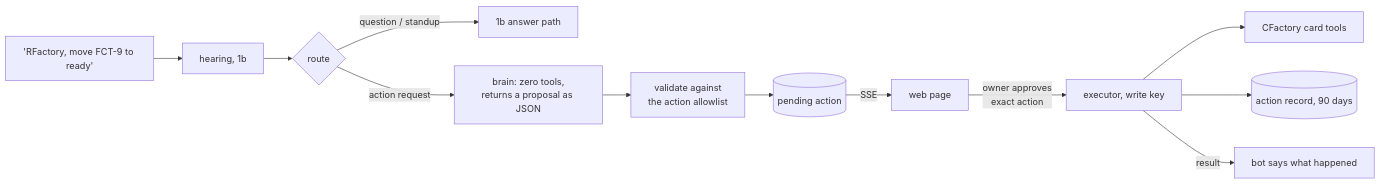
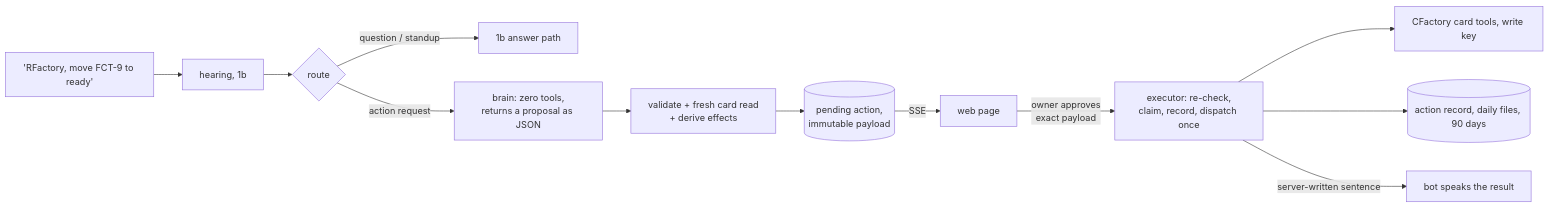
One commit to olafkfreund/RFactory changed the diagram in spec/2026-11-17-10-phase-3-actions-and-share.md. Above: the diagram before and after it, drawn with Mermaid. The commit also changed other lines of this file, not shown here.

````diff
--- a/spec/2026-11-17-10-phase-3-actions-and-share.md
+++ b/spec/2026-11-17-10-phase-3-actions-and-share.md
@@ -18,12 +18,13 @@
 ```mermaid
 flowchart LR
   Q["'RFactory, move FCT-9 to ready'"] --> H[hearing, 1b] --> R{route}
   R -->|question / standup| A1[1b answer path]
   R -->|action request| BR[brain: zero tools,<br/>returns a proposal as JSON]
-  BR --> V[validate against<br/>the action allowlist]
-  V --> P[(pending action)]
+  BR --> V[validate + fresh card read<br/>+ derive effects]
+  V --> P[(pending action,<br/>immutable payload)]
   P -->|SSE| W[web page]
-  W -->|owner approves<br/>exact action| X[executor, write key] --> C[CFactory card tools]
-  X --> L[(action record, 90 days)]
-  X -->|result| B[bot says what happened]
+  W -->|owner approves<br/>exact payload| X[executor: re-check,<br/>claim, record, dispatch once]
+  X --> C[CFactory card tools, write key]
+  X --> L[(action record, daily files, 90 days)]
+  X -->|server-written sentence| B[bot speaks the result]
 ```
````
